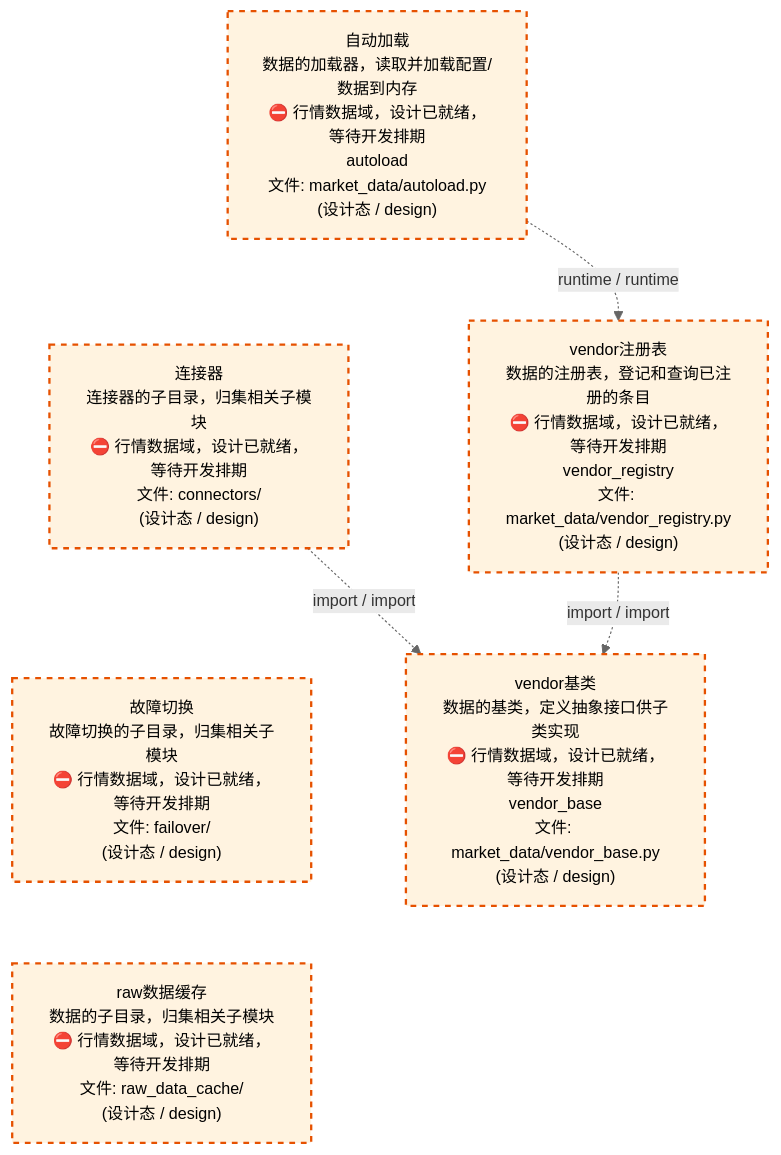
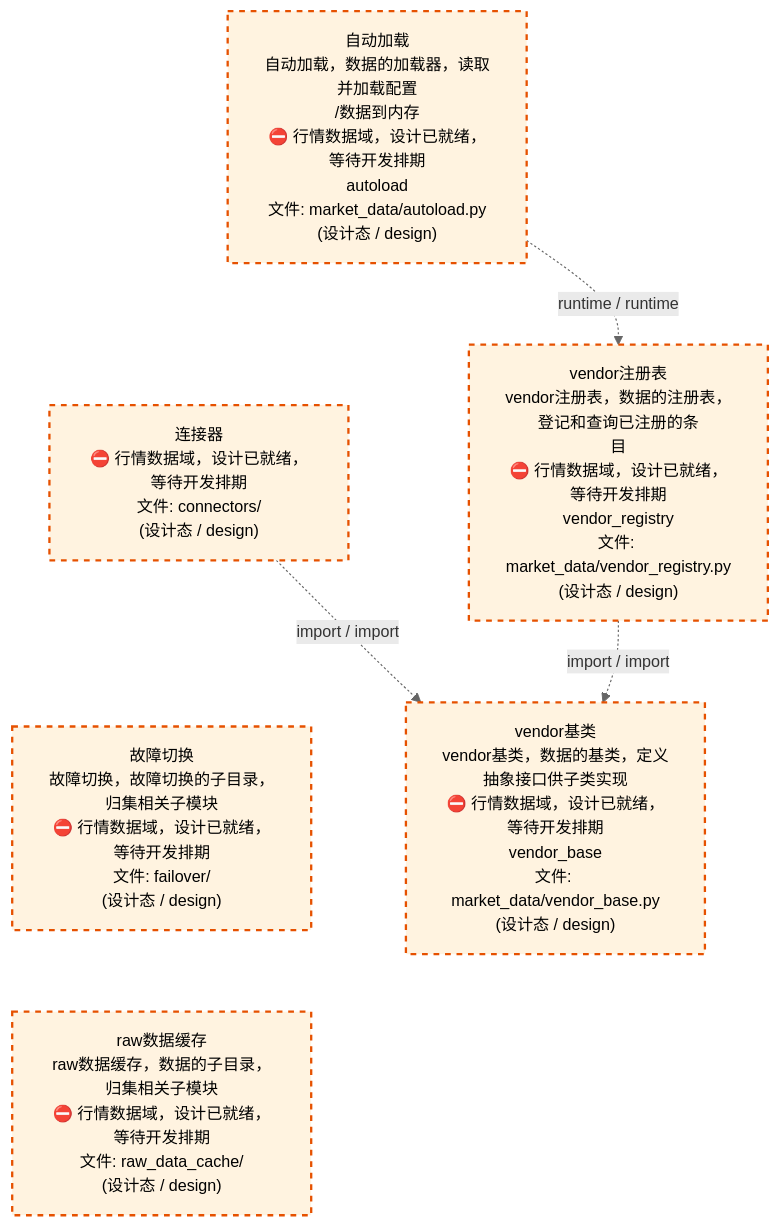
The third of 4 diagrams in docs/02_enterprise_architecture/02_domain_architecture_docs/23_d_mkt_data.md (xuanFelixVan/ZephyrAlpha), drawn with Mermaid before and after one commit. The commit also changed other lines of this file and 63 other files, not shown here.

````diff
--- a/docs/02_enterprise_architecture/02_domain_architecture_docs/23_d_mkt_data.md
+++ b/docs/02_enterprise_architecture/02_domain_architecture_docs/23_d_mkt_data.md
@@ -143,21 +143,21 @@
 ```mermaid
 %%{init: {'theme': 'base', 'themeVariables': {'primaryColor': '#eaeaea', 'primaryTextColor': '#333333', 'primaryBorderColor': '#666666', 'lineColor': '#666666', 'secondaryColor': '#eaeaea', 'tertiaryColor': '#eaeaea', 'fontSize': '14px'}}}%%
 flowchart TD
-    src_zephyr_market_data_autoload_py["自动加载<br/>数据的加载器，读取并加载配置/数据到内存<br/>⛔ 行情数据域，设计已就绪，等待开发排期<br/>autoload<br/>文件: market_data/autoload.py<br/>(设计态 / design)"]
-    src_zephyr_market_data_connectors["连接器<br/>连接器的子目录，归集相关子模块<br/>⛔ 行情数据域，设计已就绪，等待开发排期<br/>文件: connectors/<br/>(设计态 / design)"]
-    src_zephyr_market_data_failover["故障切换<br/>故障切换的子目录，归集相关子模块<br/>⛔ 行情数据域，设计已就绪，等待开发排期<br/>文件: failover/<br/>(设计态 / design)"]
-    src_zephyr_market_data_raw_data_cache["raw数据缓存<br/>数据的子目录，归集相关子模块<br/>⛔ 行情数据域，设计已就绪，等待开发排期<br/>文件: raw_data_cache/<br/>(设计态 / design)"]
+    src_zephyr_market_data_autoload_py["自动加载<br/>自动加载，数据的加载器，读取并加载配置<br/>/数据到内存<br/>⛔ 行情数据域，设计已就绪，等待开发排期<br/>autoload<br/>文件: market_data/autoload.py<br/>(设计态 / design)"]
+    src_zephyr_market_data_connectors["连接器<br/>⛔ 行情数据域，设计已就绪，等待开发排期<br/>文件: connectors/<br/>(设计态 / design)"]
+    src_zephyr_market_data_failover["故障切换<br/>故障切换，故障切换的子目录，归集相关子模块<br/>⛔ 行情数据域，设计已就绪，等待开发排期<br/>文件: failover/<br/>(设计态 / design)"]
+    src_zephyr_market_data_raw_data_cache["raw数据缓存<br/>raw数据缓存，数据的子目录，归集相关子模块<br/>⛔ 行情数据域，设计已就绪，等待开发排期<br/>文件: raw_data_cache/<br/>(设计态 / design)"]
     src_zephyr_market_data_autoload_py ~~~ src_zephyr_market_data_connectors
     src_zephyr_market_data_connectors ~~~ src_zephyr_market_data_failover
     src_zephyr_market_data_failover ~~~ src_zephyr_market_data_raw_data_cache
-    src_zephyr_market_data_vendor_registry_py["vendor注册表<br/>数据的注册表，登记和查询已注册的条目<br/>⛔ 行情数据域，设计已就绪，等待开发排期<br/>vendor_registry<br/>文件: market_data/vendor_registry.py<br/>(设计态 / design)"]
-    src_zephyr_market_data_vendor_base_py["vendor基类<br/>数据的基类，定义抽象接口供子类实现<br/>⛔ 行情数据域，设计已就绪，等待开发排期<br/>vendor_base<br/>文件: market_data/vendor_base.py<br/>(设计态 / design)"]
+    src_zephyr_market_data_vendor_registry_py["vendor注册表<br/>vendor注册表，数据的注册表，登记和查询已注册的条<br/>目<br/>⛔ 行情数据域，设计已就绪，等待开发排期<br/>vendor_registry<br/>文件: market_data/vendor_registry.py<br/>(设计态 / design)"]
+    src_zephyr_market_data_vendor_base_py["vendor基类<br/>vendor基类，数据的基类，定义抽象接口供子类实现<br/>⛔ 行情数据域，设计已就绪，等待开发排期<br/>vendor_base<br/>文件: market_data/vendor_base.py<br/>(设计态 / design)"]
     src_zephyr_market_data_vendor_registry_py -.->|import / import| src_zephyr_market_data_vendor_base_py
     src_zephyr_market_data_connectors -.->|import / import| src_zephyr_market_data_vendor_base_py
     src_zephyr_market_data_autoload_py -.->|runtime / runtime| src_zephyr_market_data_vendor_registry_py
     classDef production fill:#e1f5fe,stroke:#01579b,stroke-width:2px,color:#000
     classDef design fill:#fff3e0,stroke:#e65100,stroke-width:2px,color:#000,stroke-dasharray: 5 5
     classDef external_prod fill:#e8f4fd,stroke:#0277bd,stroke-width:1px,color:#000
     classDef external_design fill:#fff8e7,stroke:#ef6c00,stroke-width:1px,color:#000,stroke-dasharray: 5 5
     class src_zephyr_market_data_autoload_py,src_zephyr_market_data_connectors,src_zephyr_market_data_failover,src_zephyr_market_data_raw_data_cache,src_zephyr_market_data_vendor_base_py,src_zephyr_market_data_vendor_registry_py design
 ```
````
